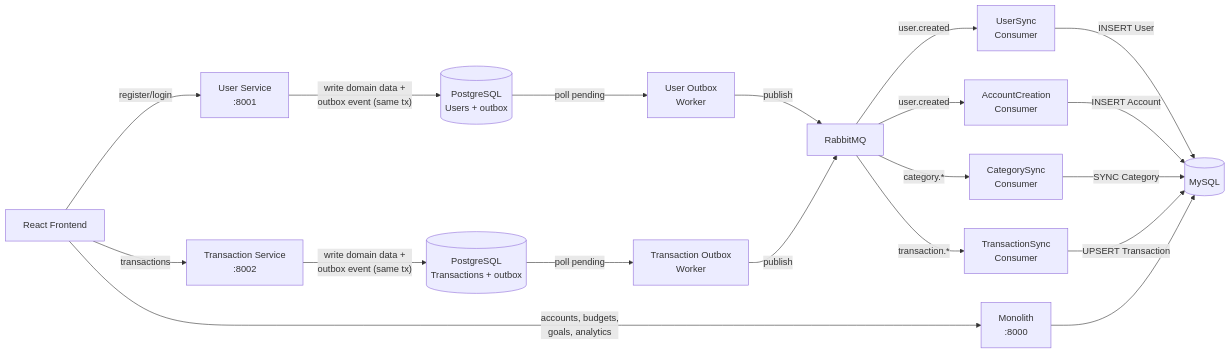
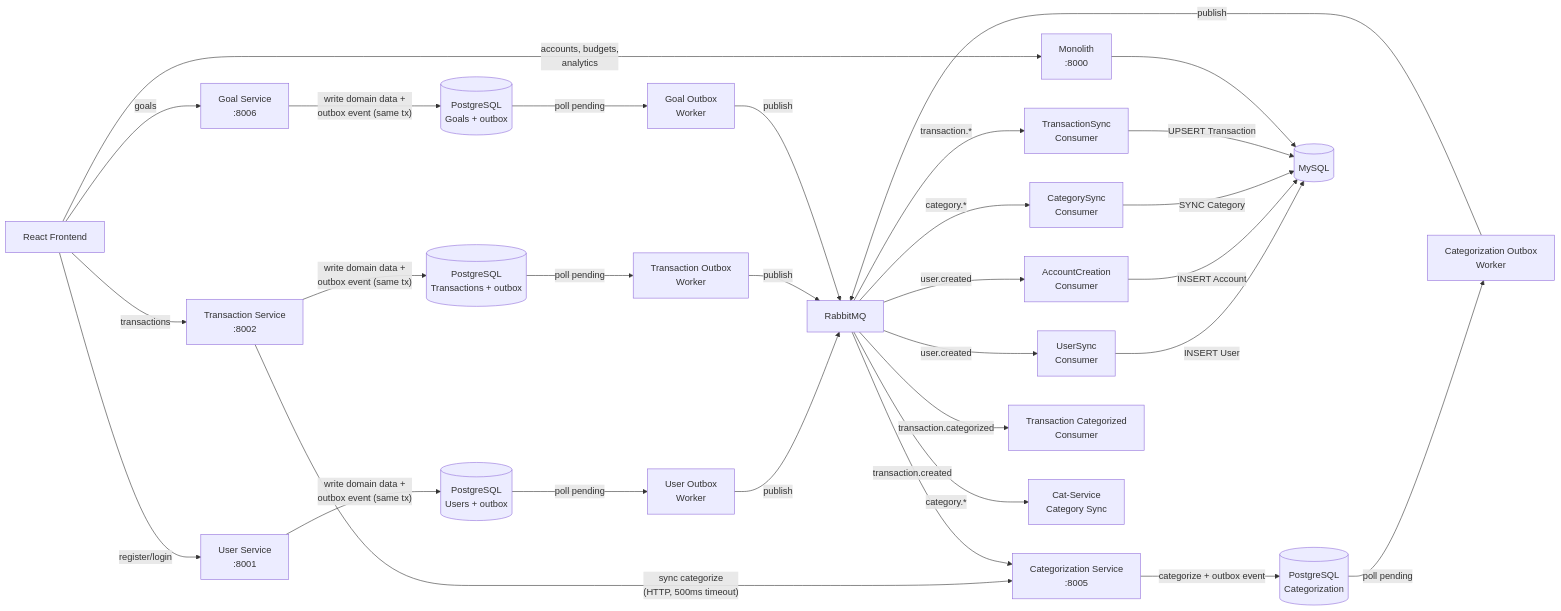
One commit to Jothom2912/Finance-Tracker changed the first of 5 diagrams in README.md. Above: the diagram before and after it, drawn with Mermaid. The commit also changed other lines of this file and 13 other files, not shown here.

````diff
--- a/README.md
+++ b/README.md
@@ -91,27 +96,39 @@
 ```mermaid
 graph LR
     FE[React Frontend] -->|register/login| US[User Service<br/>:8001]
     FE -->|transactions| TS[Transaction Service<br/>:8002]
-    FE -->|accounts, budgets,<br/>goals, analytics| MON[Monolith<br/>:8000]
+    FE -->|accounts, budgets,<br/>analytics| MON[Monolith<br/>:8000]
+    FE -->|goals| GS[Goal Service<br/>:8006]
 
     US -->|"write domain data +<br/>outbox event (same tx)"| PG_U[(PostgreSQL<br/>Users + outbox)]
     TS -->|"write domain data +<br/>outbox event (same tx)"| PG_T[(PostgreSQL<br/>Transactions + outbox)]
+    GS -->|"write domain data +<br/>outbox event (same tx)"| PG_G[(PostgreSQL<br/>Goals + outbox)]
+    CS[Categorization Service<br/>:8005] -->|"categorize + outbox event"| PG_C[(PostgreSQL<br/>Categorization)]
+
+    TS -->|"sync categorize<br/>(HTTP, 500ms timeout)"| CS
 
     PG_U -->|poll pending| UOW[User Outbox<br/>Worker]
     PG_T -->|poll pending| TOW[Transaction Outbox<br/>Worker]
+    PG_G -->|poll pending| GOW[Goal Outbox<br/>Worker]
+    PG_C -->|poll pending| COW[Categorization Outbox<br/>Worker]
 
     UOW -->|publish| RMQ[RabbitMQ]
     TOW -->|publish| RMQ
+    GOW -->|publish| RMQ
+    COW -->|publish| RMQ
 
     RMQ -->|user.created| USC[UserSync<br/>Consumer]
     RMQ -->|user.created| ACC[AccountCreation<br/>Consumer]
     RMQ -->|category.*| CSC[CategorySync<br/>Consumer]
     RMQ -->|transaction.*| TSC[TransactionSync<br/>Consumer]
+    RMQ -->|transaction.created| CS
+    RMQ -->|transaction.categorized| TCC[Transaction Categorized<br/>Consumer]
+    RMQ -->|category.*| CCSC[Cat-Service<br/>Category Sync]
 
     USC -->|INSERT User| MYSQL[(MySQL)]
     ACC -->|INSERT Account| MYSQL
     CSC -->|SYNC Category| MYSQL
     TSC -->|UPSERT Transaction| MYSQL
 
     MON --> MYSQL
 ```
````
